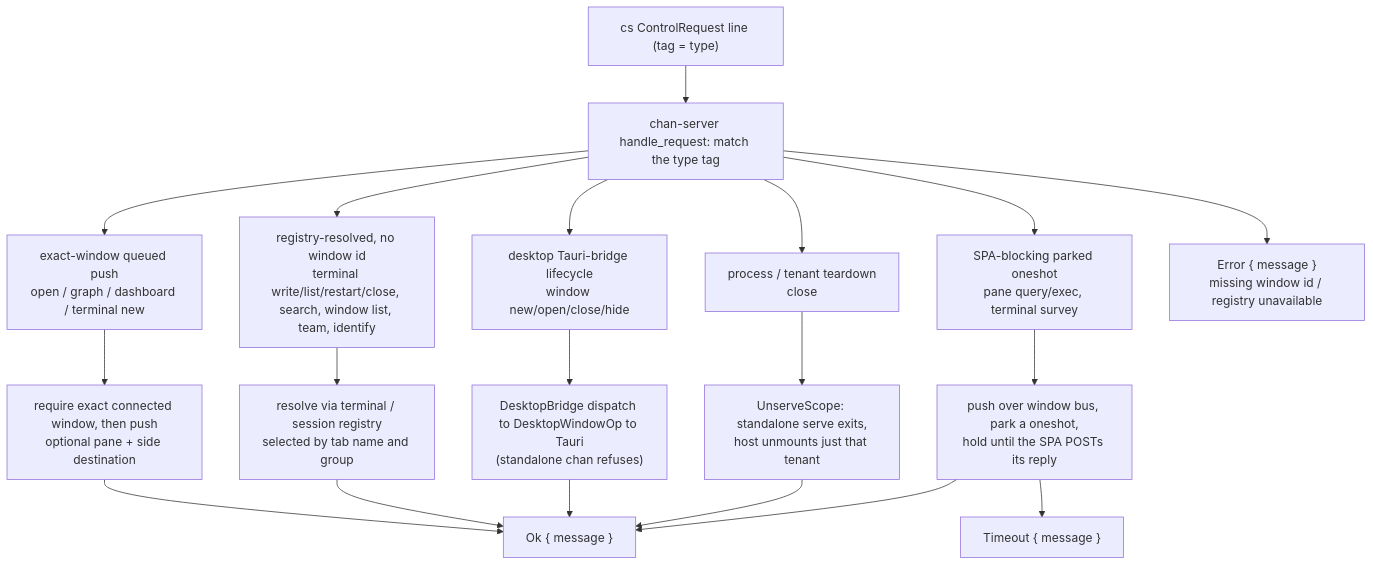
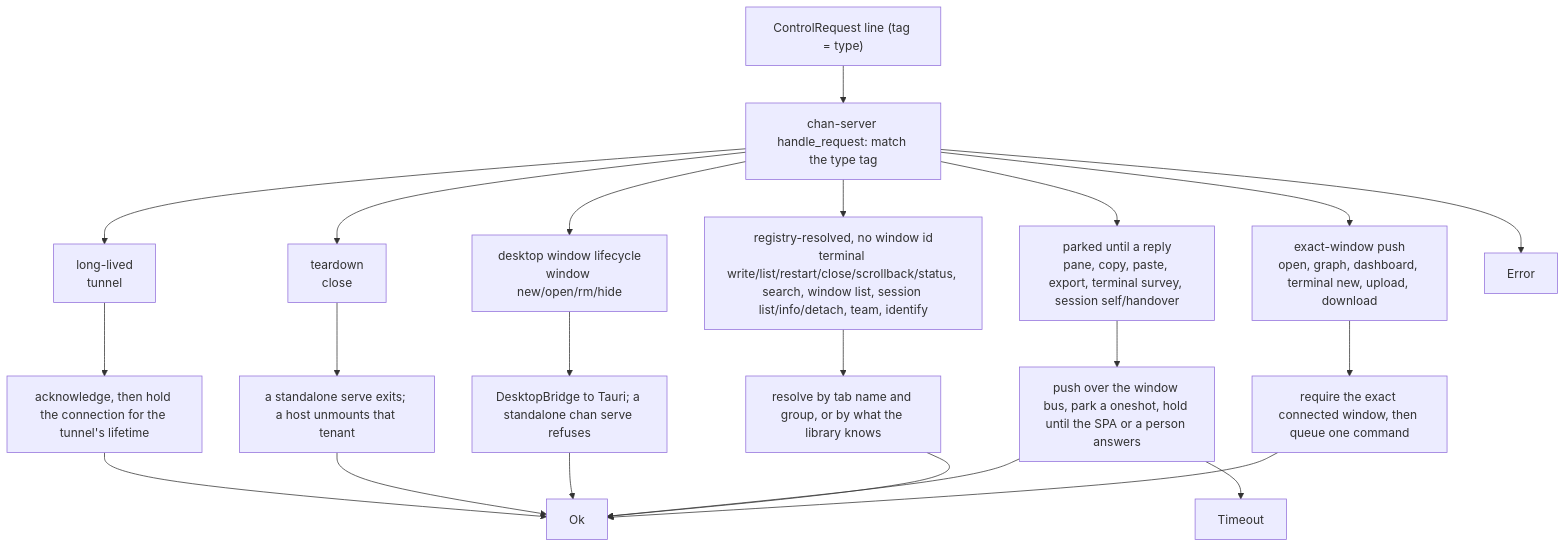
Before and after one commit to fiorix/chan: the third of 3 diagrams in crates/chan-shell/design.md, drawn with Mermaid. The commit also changed other lines of this file and 10 other files, not shown here.

````diff
--- a/crates/chan-shell/design.md
+++ b/crates/chan-shell/design.md
@@ -81,21 +82,24 @@
 ```mermaid
 flowchart TD
-  REQ["cs ControlRequest line (tag = type)"] --> MATCH["chan-server handle_request: match the type tag"]
-  MATCH --> F1["exact-window queued push<br/>open / graph / dashboard / terminal new"]
-  MATCH --> F2["registry-resolved, no window id<br/>terminal write/list/restart/close, search, window list, team, identify"]
-  MATCH --> F3["SPA-blocking parked oneshot<br/>pane query/exec, terminal survey"]
-  MATCH --> F4["desktop Tauri-bridge lifecycle<br/>window new/open/close/hide"]
-  MATCH --> F5["process / tenant teardown<br/>close"]
-  F1 --> T1["require exact connected window, then push<br/>optional pane + side destination"]
-  F2 --> T2["resolve via terminal / session registry<br/>selected by tab name and group"]
-  F3 --> T3["push over window bus, park a oneshot,<br/>hold until the SPA POSTs its reply"]
-  F4 --> T4["DesktopBridge dispatch to DesktopWindowOp to Tauri<br/>(standalone chan refuses)"]
-  F5 --> T5["UnserveScope: standalone serve exits,<br/>host unmounts just that tenant"]
-  T1 --> OK["Ok { message }"]
+  REQ["ControlRequest line (tag = type)"] --> MATCH["chan-server handle_request: match the type tag"]
+  MATCH --> F1["exact-window push<br/>open, graph, dashboard, terminal new, upload, download"]
+  MATCH --> F2["registry-resolved, no window id<br/>terminal write/list/restart/close/scrollback/status, search, window list, session list/info/detach, team, identify"]
+  MATCH --> F3["parked until a reply<br/>pane, copy, paste, export, terminal survey, session self/handover"]
+  MATCH --> F4["desktop window lifecycle<br/>window new/open/rm/hide"]
+  MATCH --> F5["teardown<br/>close"]
+  MATCH --> F6["long-lived<br/>tunnel"]
+  F1 --> T1["require the exact connected window, then queue one command"]
+  F2 --> T2["resolve by tab name and group, or by what the library knows"]
+  F3 --> T3["push over the window bus, park a oneshot, hold until the SPA or a person answers"]
+  F4 --> T4["DesktopBridge to Tauri; a standalone chan serve refuses"]
+  F5 --> T5["a standalone serve exits; a host unmounts that tenant"]
+  F6 --> T6["acknowledge, then hold the connection for the tunnel's lifetime"]
+  T1 --> OK["Ok"]
   T2 --> OK
+  T3 --> OK
+  T3 --> TO["Timeout"]
   T4 --> OK
   T5 --> OK
-  T3 --> OK
-  T3 --> TO["Timeout { message }"]
-  MATCH --> ERR["Error { message }<br/>missing window id / registry unavailable"]
+  T6 --> OK
+  MATCH --> ERR["Error"]
 ```
````
